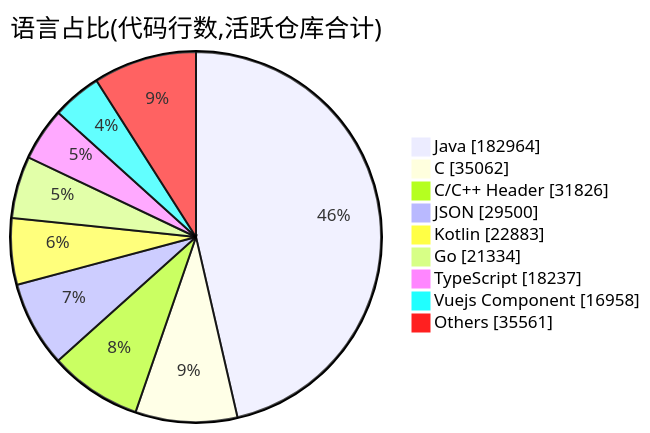
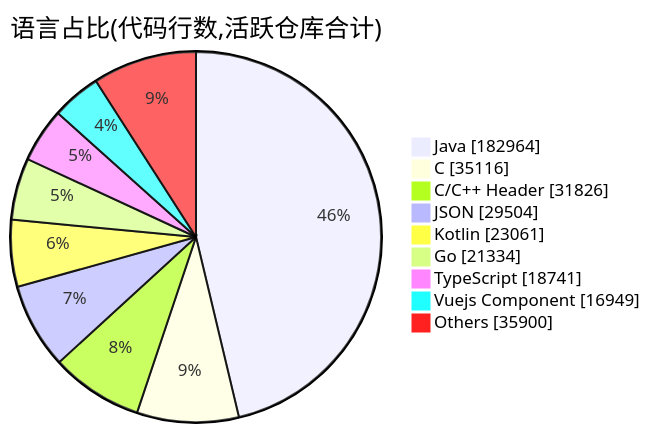
One commit to Conflux-Union/.github changed the second of 2 diagrams in profile/README.md. Above: the diagram before and after it, drawn with Mermaid. The commit also changed other lines of this file and 1 other file, not shown here.

````diff
--- a/profile/README.md
+++ b/profile/README.md
@@ -81,13 +81,13 @@
 ```mermaid
 pie showData
     title 语言占比(代码行数,活跃仓库合计)
     "Java" : 182964
-    "C" : 35062
+    "C" : 35116
     "C/C++ Header" : 31826
-    "JSON" : 29500
-    "Kotlin" : 22883
+    "JSON" : 29504
+    "Kotlin" : 23061
     "Go" : 21334
-    "TypeScript" : 18237
-    "Vuejs Component" : 16958
-    "Others" : 35561
+    "TypeScript" : 18741
+    "Vuejs Component" : 16949
+    "Others" : 35900
 ```
````
